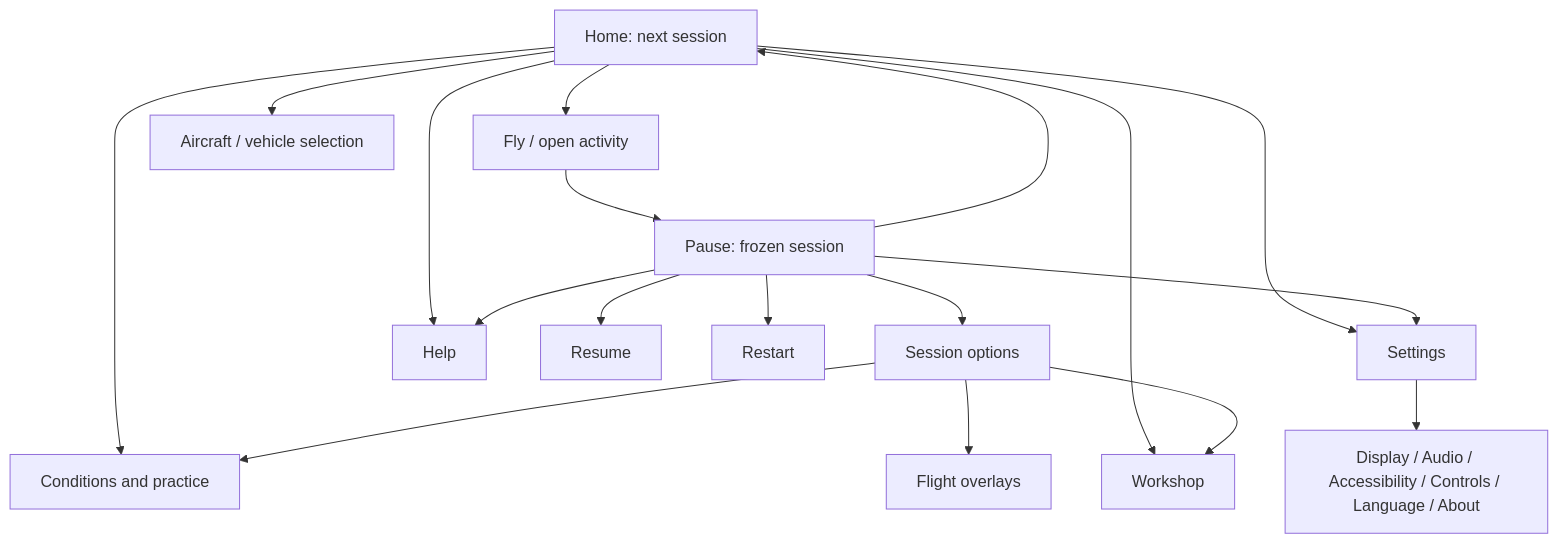
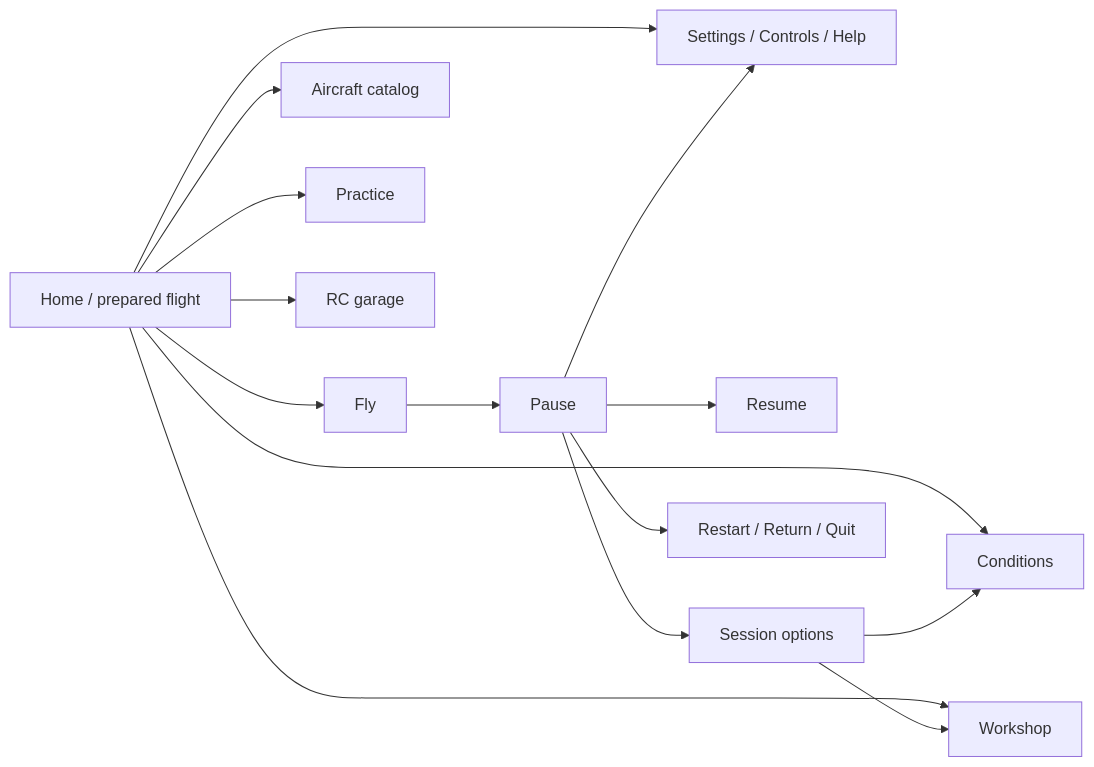
One commit to bultodepapas/OpenRCsimulator changed the diagram in docs/MENU-REDESIGN-PLAN.md. Above: the diagram before and after it, drawn with Mermaid. The commit also changed other lines of this file and 206 other files, not shown here.

````diff
--- a/docs/MENU-REDESIGN-PLAN.md
+++ b/docs/MENU-REDESIGN-PLAN.md
@@ -108,20 +199,17 @@
 ```mermaid
-flowchart TD
-    H[Home: next session] --> F[Fly / open activity]
-    H --> A[Aircraft / vehicle selection]
-    H --> C[Conditions and practice]
-    H --> T[Workshop]
-    H --> S[Settings]
-    H --> Q[Help]
-    F --> P[Pause: frozen session]
-    P --> R[Resume]
-    P --> J[Restart]
-    P --> E[Session options]
-    P --> S
-    P --> Q
-    P --> H
-    E --> C
-    E --> O[Flight overlays]
-    E --> T
-    S --> D[Display / Audio / Accessibility / Controls / Language / About]
+flowchart LR
+    H[Home / prepared flight] --> F[Fly]
+    H --> A[Aircraft catalog]
+    H --> C[Conditions]
+    H --> P[Practice]
+    H --> W[Workshop]
+    H --> G[RC garage]
+    H --> S[Settings / Controls / Help]
+    F --> PA[Pause]
+    PA --> R[Resume]
+    PA --> O[Session options]
+    PA --> S
+    PA --> E[Restart / Return / Quit]
+    O --> C
+    O --> W
 ```
````
